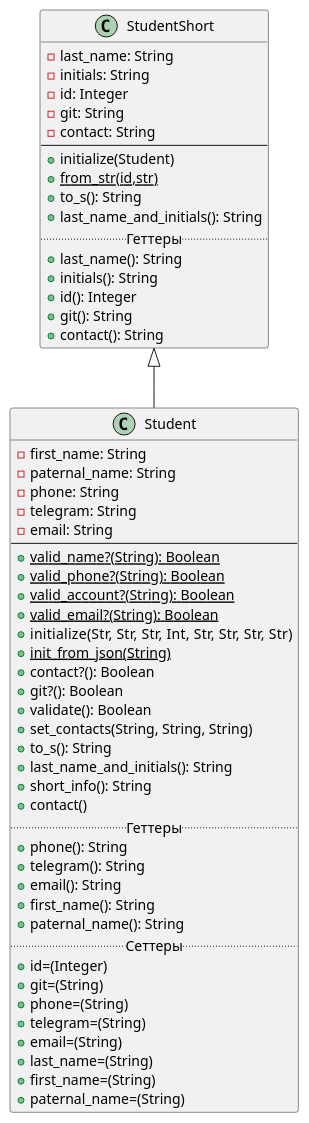
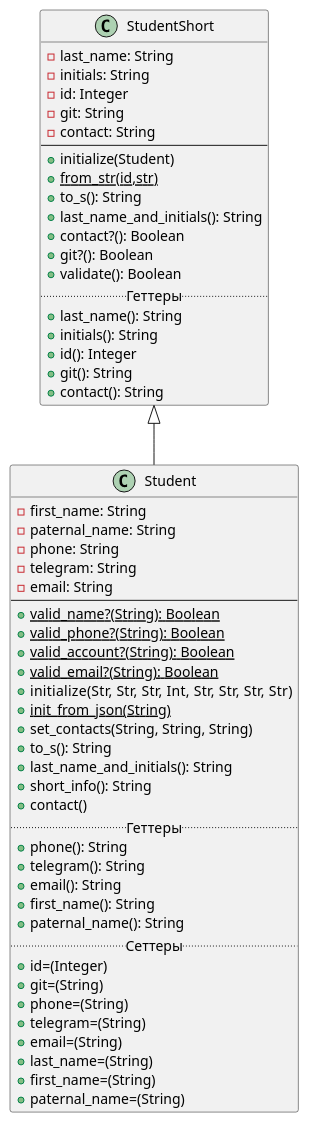
The diagram in Diagrams/class_diagram_lab2.puml (waasabi13/ruby_labs), drawn with PlantUML before and after one commit. The commit also changed 4 other files, not shown here.

Commit message:
перенос методов git?,contact?, validate? из student в student_short

```diff
--- a/Diagrams/class_diagram_lab2.puml
+++ b/Diagrams/class_diagram_lab2.puml
@@ -1,64 +1,61 @@
 @startuml
 'https://plantuml.com/class-diagram
 
 class StudentShort
 {
     -last_name: String
     -initials: String
     -id: Integer
     -git: String
     -contact: String
 --
     +initialize(Student)
     +{static}from_str(id,str)
     +to_s(): String
     +last_name_and_initials(): String
+    +contact?(): Boolean
+    +git?(): Boolean
+    +validate(): Boolean
 .. Геттеры ..
     +last_name(): String
     +initials(): String
     +id(): Integer
     +git(): String
     +contact(): String
 }
 
- class Student extends StudentShort {
-     -first_name: String
-     -paternal_name: String
-     -phone: String
-     -telegram: String
-     -email: String
+class Student extends StudentShort {
+    -first_name: String
+    -paternal_name: String
+    -phone: String
+    -telegram: String
+    -email: String
 --
-     +{static}valid_name?(String): Boolean
-     +{static}valid_phone?(String): Boolean
-     +{static}valid_account?(String): Boolean
-     +{static}valid_email?(String): Boolean
-     +initialize(Str, Str, Str, Int, Str, Str, Str, Str)
-     +{static}init_from_json(String)
-     +contact?(): Boolean
-     +git?(): Boolean
-     +validate(): Boolean
-     +set_contacts(String, String, String)
-     +to_s(): String
-     +last_name_and_initials(): String
-     +short_info(): String
-     +contact()
-     .. Геттеры ..
-     +phone(): String
-     +telegram(): String
-     +email(): String
-     +first_name(): String
-     +paternal_name(): String
-     .. Сеттеры ..
-     +id=(Integer)
-     +git=(String)
-     +phone=(String)
-     +telegram=(String)
-     +email=(String)
-     +last_name=(String)
-     +first_name=(String)
-     +paternal_name=(String)
- }
-
-
-
+    +{static}valid_name?(String): Boolean
+    +{static}valid_phone?(String): Boolean
+    +{static}valid_account?(String): Boolean
+    +{static}valid_email?(String): Boolean
+    +initialize(Str, Str, Str, Int, Str, Str, Str, Str)
+    +{static}init_from_json(String)
+    +set_contacts(String, String, String)
+    +to_s(): String
+    +last_name_and_initials(): String
+    +short_info(): String
+    +contact()
+    .. Геттеры ..
+    +phone(): String
+    +telegram(): String
+    +email(): String
+    +first_name(): String
+    +paternal_name(): String
+    .. Сеттеры ..
+    +id=(Integer)
+    +git=(String)
+    +phone=(String)
+    +telegram=(String)
+    +email=(String)
+    +last_name=(String)
+    +first_name=(String)
+    +paternal_name=(String)
+}
 @enduml
```
